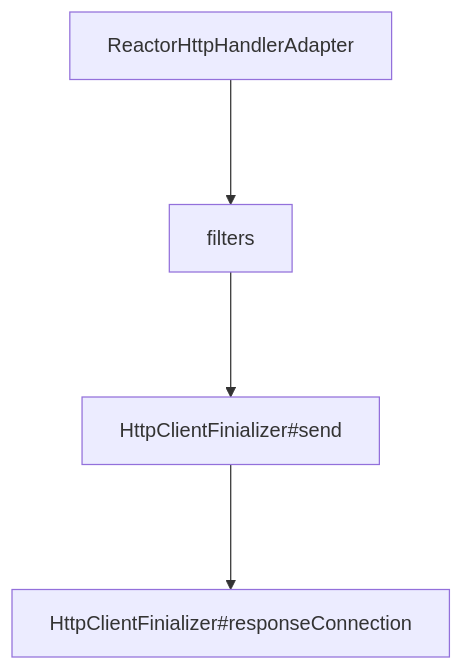
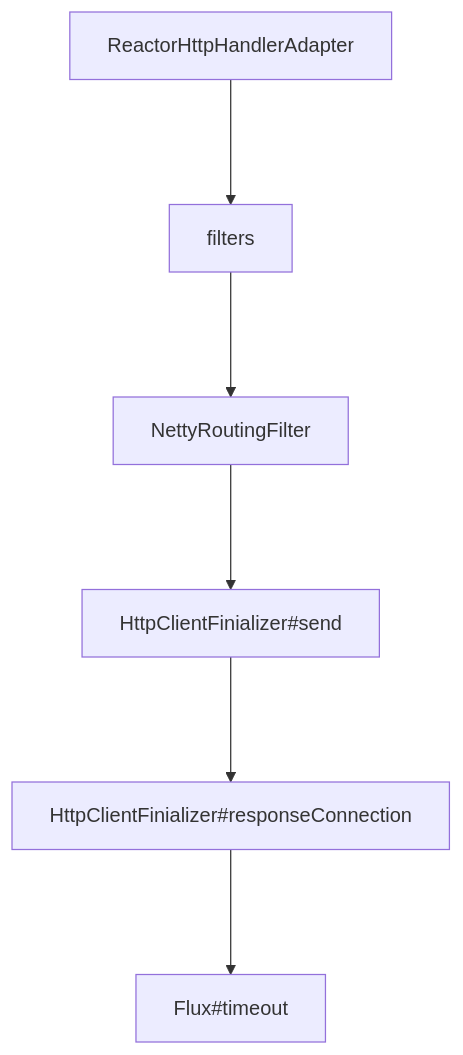
One commit to FrankChen021/bithon changed the diagram in agent/agent-plugins/spring-webflux/README.md. Above: the diagram before and after it, drawn with Mermaid. The commit also changed 9 other files, not shown here.

Commit message:
Fix trace not closed when flux timeout

````diff
--- a/agent/agent-plugins/spring-webflux/README.md
+++ b/agent/agent-plugins/spring-webflux/README.md
@@ -4,7 +4,9 @@
 ```mermaid
 graph 
     ReactorHttpHandlerAdapter 
     ---> filters 
+    ---> NettyRoutingFilter 
     ---> HttpClientFinializer#send
     ---> HttpClientFinializer#responseConnection
+    ---> Flux#timeout
 ```
````
